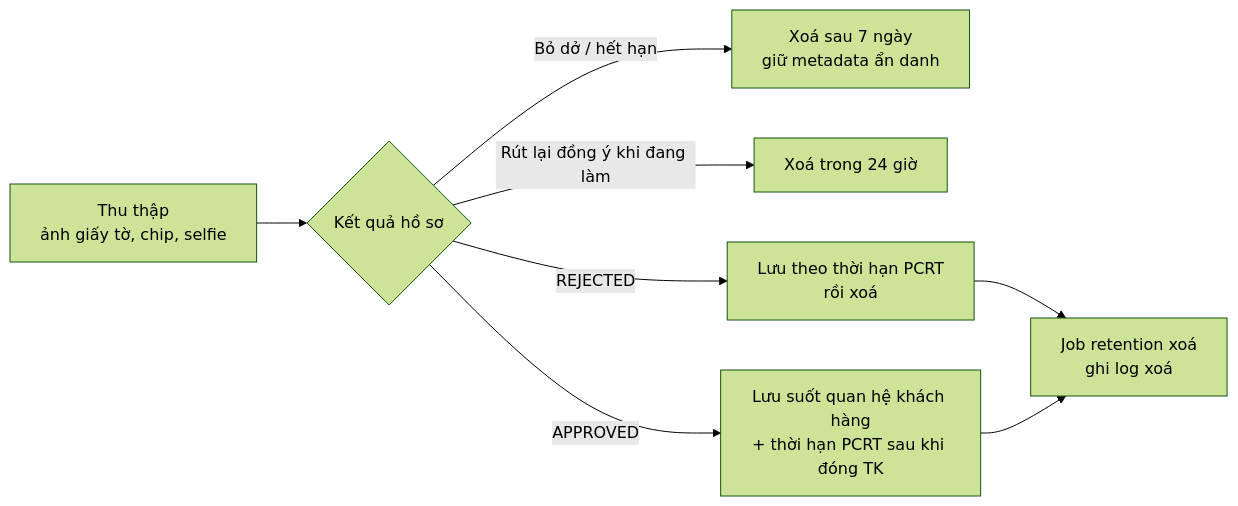
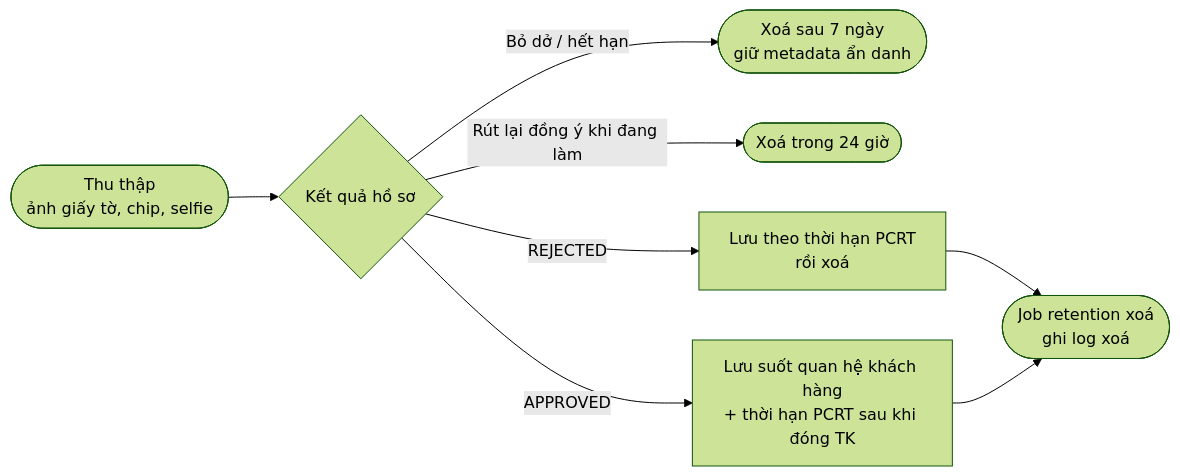
One commit to handao2303/aegis-ekyc-ui changed the first of 2 diagrams in docs/01-ekyc/1.2-compliance-legal/C12-consent-retention.md. Above: the diagram before and after it, drawn with Mermaid (forest theme). The commit also changed other lines of this file and 54 other files, not shown here.

Commit message:
Full doc review: acceptance criteria for REQ-LIM-01..26, REQ-REC-21..24; header metadata (status, standard, version) completed on 24 docs; C03, Q01 approval; A03 API numbering note; start/end terminals on 10 process flowcharts; diagrams re-rendered

````diff
--- a/docs/01-ekyc/1.2-compliance-legal/C12-consent-retention.md
+++ b/docs/01-ekyc/1.2-compliance-legal/C12-consent-retention.md
@@ -12,10 +13,10 @@
 ```mermaid
 flowchart LR
-    A["Thu thập<br/>ảnh giấy tờ, chip, selfie"] --> B{"Kết quả hồ sơ"}
-    B -- "Bỏ dở / hết hạn" --> X1["Xoá sau 7 ngày<br/>giữ metadata ẩn danh"]
-    B -- "Rút lại đồng ý khi đang làm" --> X2["Xoá trong 24 giờ"]
+    A(["Thu thập<br/>ảnh giấy tờ, chip, selfie"]) --> B{"Kết quả hồ sơ"}
+    B -- "Bỏ dở / hết hạn" --> X1(["Xoá sau 7 ngày<br/>giữ metadata ẩn danh"])
+    B -- "Rút lại đồng ý khi đang làm" --> X2(["Xoá trong 24 giờ"])
     B -- "REJECTED" --> H1["Lưu theo thời hạn PCRT<br/>rồi xoá"]
     B -- "APPROVED" --> H2["Lưu suốt quan hệ khách hàng<br/>+ thời hạn PCRT sau khi đóng TK"]
-    H1 --> X3["Job retention xoá<br/>ghi log xoá"]
+    H1 --> X3(["Job retention xoá<br/>ghi log xoá"])
     H2 --> X3
 ```
````
